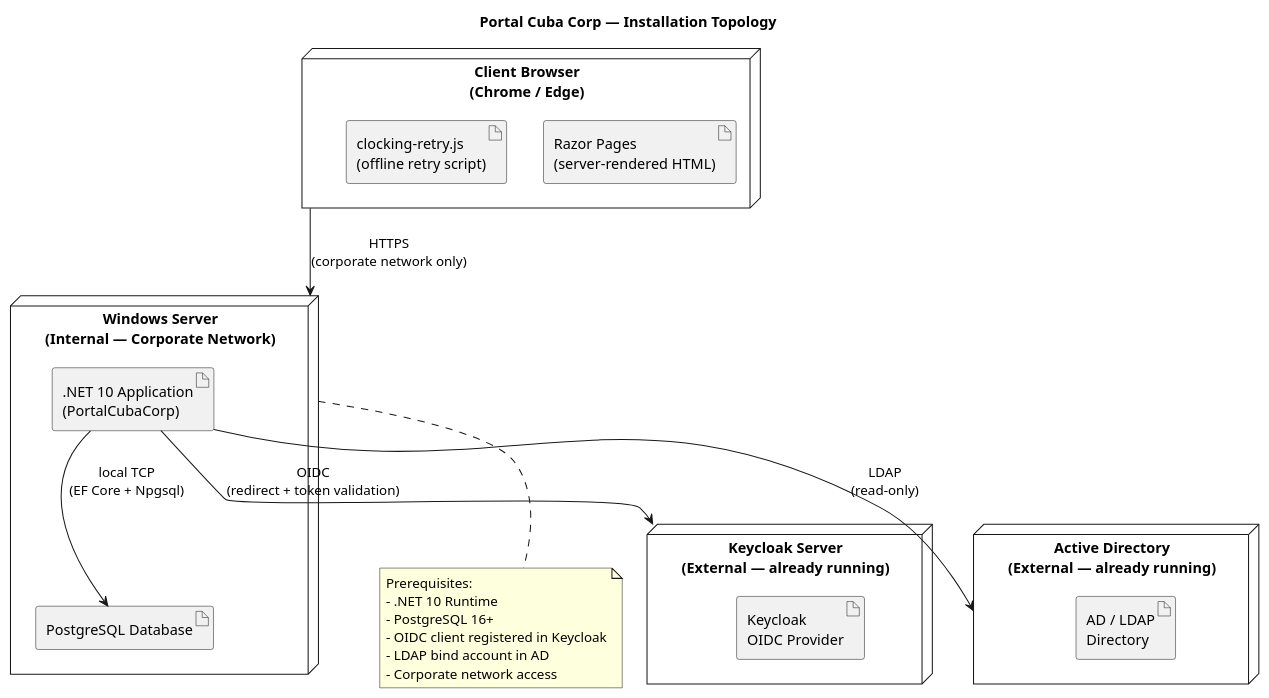
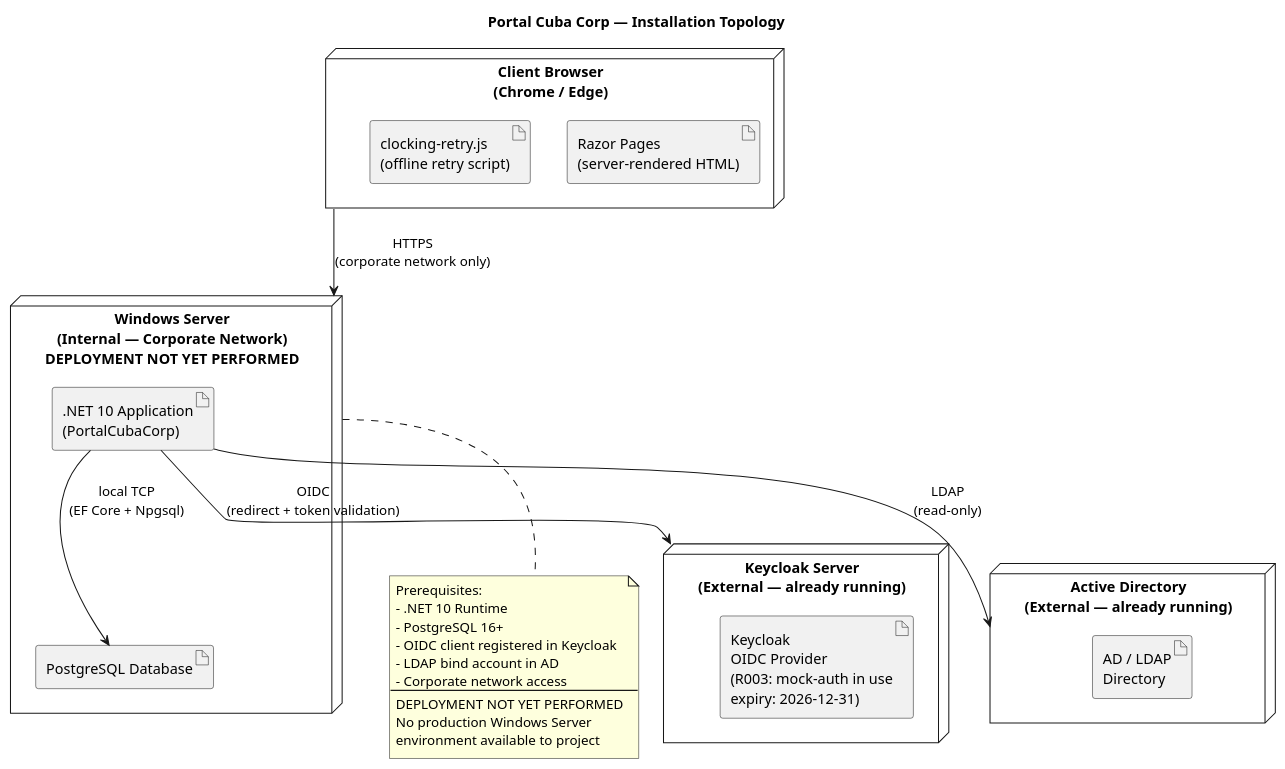
Diagram 11 of 13 in docs/artifacts/deployment/user-documentation.md (banense-test/portal-cuba-corp), drawn with PlantUML before and after one commit. The commit also changed other lines of this file, not shown here.

````diff
--- a/docs/artifacts/deployment/user-documentation.md
+++ b/docs/artifacts/deployment/user-documentation.md
@@ -489,40 +488,44 @@
 ```plantuml
 @startuml
 title Portal Cuba Corp — Installation Topology
 
 skinparam nodeStyle rounded
 
 node "Client Browser\n(Chrome / Edge)" as CLIENT {
   artifact "Razor Pages\n(server-rendered HTML)" as RP
   artifact "clocking-retry.js\n(offline retry script)" as JS
 }
 
-node "Windows Server\n(Internal — Corporate Network)" as WINSERV {
+node "Windows Server\n(Internal — Corporate Network)\nDEPLOYMENT NOT YET PERFORMED" as WINSERV {
   artifact ".NET 10 Application\n(PortalCubaCorp)" as APP
   artifact "PostgreSQL Database" as DB
 }
 
 node "Keycloak Server\n(External — already running)" as KCSERV {
-  artifact "Keycloak\nOIDC Provider" as KC
+  artifact "Keycloak\nOIDC Provider\n(R003: mock-auth in use\nexpiry: 2026-12-31)" as KC
 }
 
 node "Active Directory\n(External — already running)" as ADSERV {
   artifact "AD / LDAP\nDirectory" as AD
 }
 
 CLIENT --> WINSERV : HTTPS\n(corporate network only)
 APP --> KCSERV : OIDC\n(redirect + token validation)
 APP --> ADSERV : LDAP\n(read-only)
 APP --> DB : local TCP\n(EF Core + Npgsql)
 
 note bottom of WINSERV
   Prerequisites:
   - .NET 10 Runtime
   - PostgreSQL 16+
   - OIDC client registered in Keycloak
   - LDAP bind account in AD
   - Corporate network access
+  --
+  DEPLOYMENT NOT YET PERFORMED
+  No production Windows Server
+  environment available to project
 end note
 
 @enduml
 ```
````
